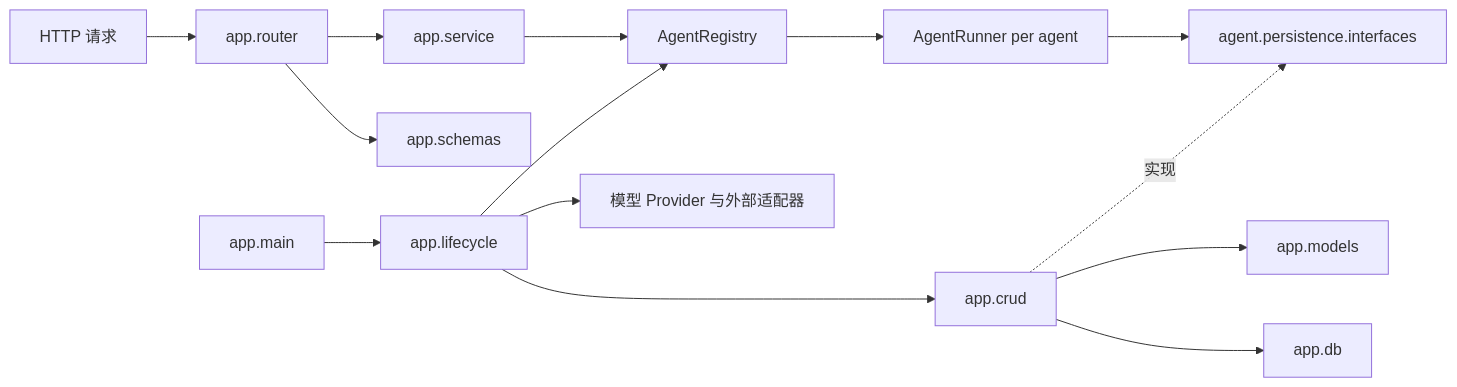
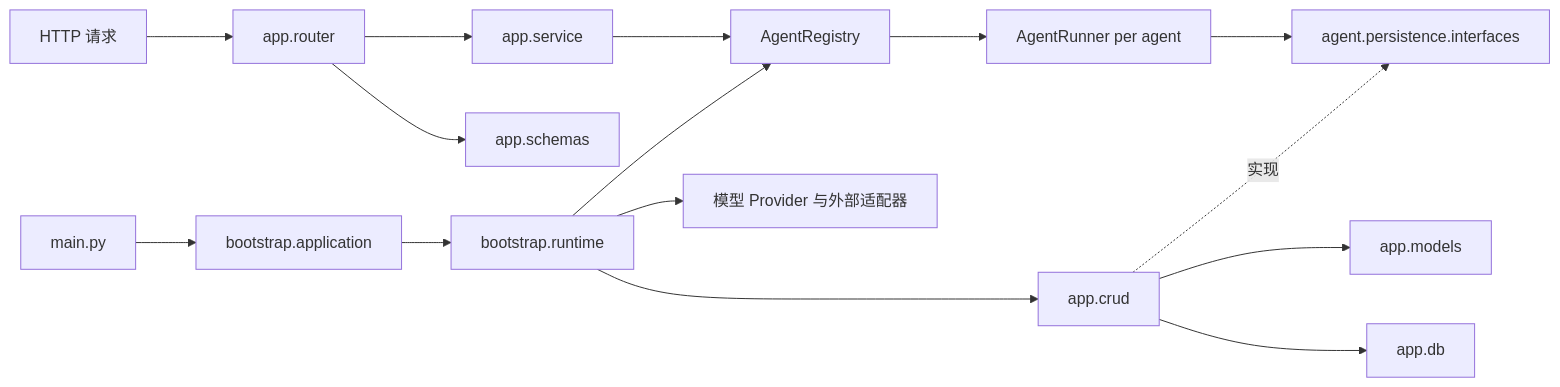
The diagram in docs/ARCHITECTURE.md (zt20001126/NexusAI), drawn with Mermaid before and after one commit. The commit also changed other lines of this file and 43 other files, not shown here.

````diff
--- a/docs/ARCHITECTURE.md
+++ b/docs/ARCHITECTURE.md
@@ -7,16 +7,17 @@
 ```mermaid
 flowchart LR
     Client[HTTP 请求] --> Router[app.router]
     Router --> Service[app.service]
     Service --> Registry[AgentRegistry]
-    Registry --> Runtime[AgentRunner per agent]
-    Runtime --> PersistencePort[agent.persistence.interfaces]
+    Registry --> Runner[AgentRunner per agent]
+    Runner --> PersistencePort[agent.persistence.interfaces]
     PersistenceCRUD[app.crud] -. 实现 .-> PersistencePort
     Router --> Schemas[app.schemas]
-    Main[app.main] --> Lifecycle[app.lifecycle]
-    Lifecycle --> Registry
-    Lifecycle --> PersistenceCRUD
+    Entry[main.py] --> Application[bootstrap.application]
+    Application --> BootstrapRuntime[bootstrap.runtime]
+    BootstrapRuntime --> Registry
+    BootstrapRuntime --> PersistenceCRUD
     PersistenceCRUD --> ORMModels[app.models]
     PersistenceCRUD --> Database[app.db]
-    Lifecycle --> Infrastructure[模型 Provider 与外部适配器]
+    BootstrapRuntime --> Infrastructure[模型 Provider 与外部适配器]
 ```
````
